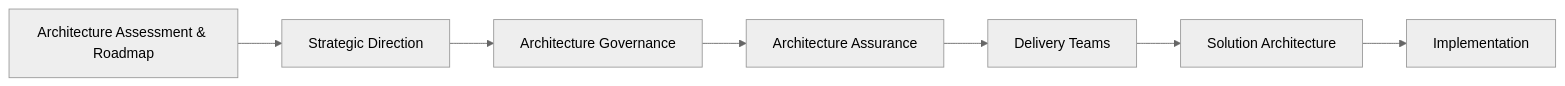
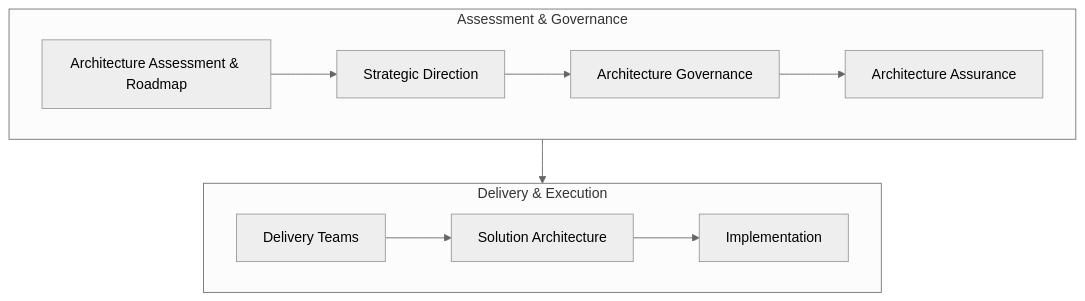
Before and after one commit to avfranco-br/portfolio: diagram 19 of 24 in docs/sop/methods/architecture-assessment-and-roadmap.md, drawn with Mermaid (neutral theme). The commit also changed other lines of this file and 10 other files, not shown here.

Commit message:
Refactor Mermaid diagrams across SOP and methods documentation for legibility

````diff
--- a/docs/sop/methods/architecture-assessment-and-roadmap.md
+++ b/docs/sop/methods/architecture-assessment-and-roadmap.md
@@ -2099,11 +2188,17 @@
 ```mermaid
-flowchart LR
-    A["Architecture Assessment & Roadmap"]
-    B["Strategic Direction"]
-    C["Architecture Governance"]
-    D["Architecture Assurance"]
-    E["Delivery Teams"]
-    F["Solution Architecture"]
-    G["Implementation"]
-    A --> B --> C --> D --> E --> F --> G
+flowchart TD
+    subgraph Tier1["Assessment & Governance"]
+        direction LR
+        A["Architecture Assessment & Roadmap"] --> B["Strategic Direction"]
+        B --> C["Architecture Governance"]
+        C --> D["Architecture Assurance"]
+    end
+
+    subgraph Tier2["Delivery & Execution"]
+        direction LR
+        E["Delivery Teams"] --> F["Solution Architecture"]
+        F --> G["Implementation"]
+    end
+
+    D --> E
 ```
````
